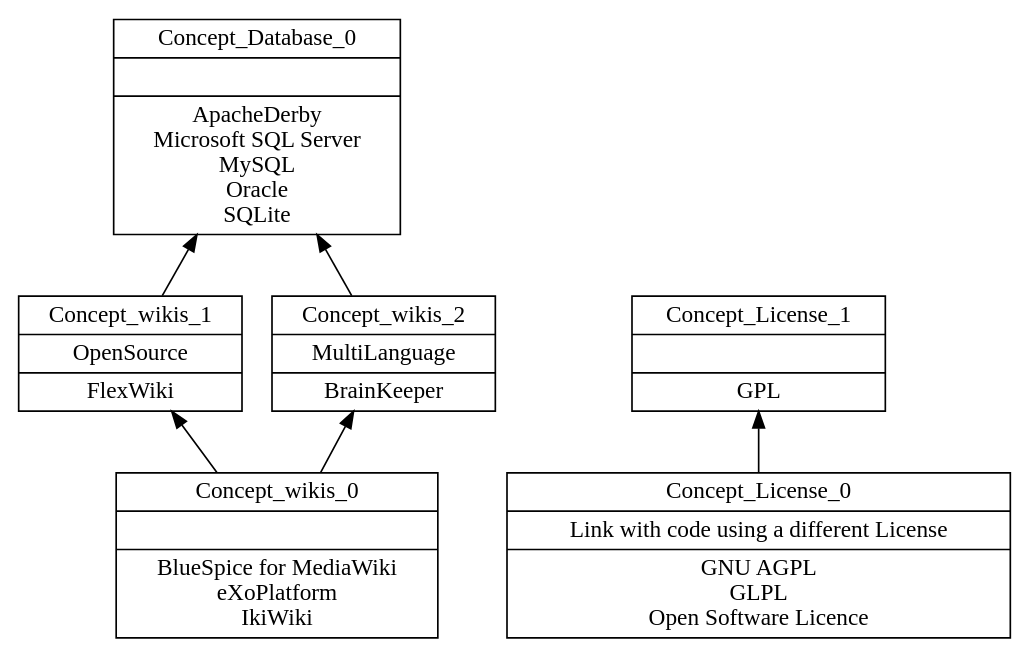
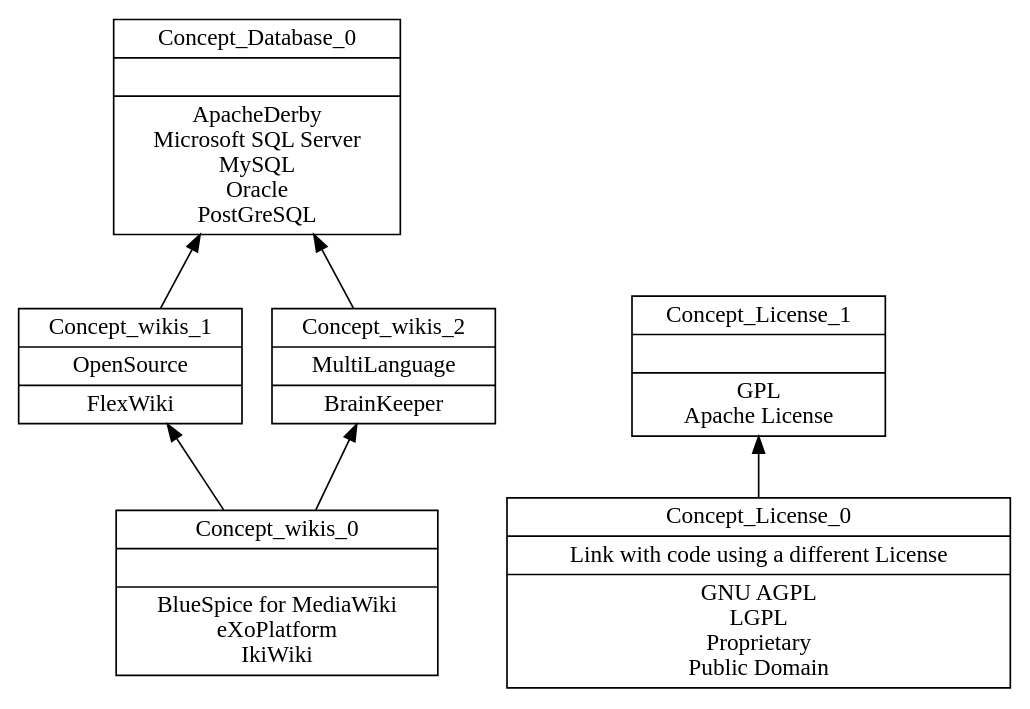
The diagram in IngeK/TP2/resultatWiki/step0.dot (Theo0/M1S2), drawn with Graphviz before and after one commit. The commit also changed 180 other files, not shown here.

```diff
--- a/IngeK/TP2/resultatWiki/step0.dot
+++ b/IngeK/TP2/resultatWiki/step0.dot
@@ -1,24 +1,24 @@
 digraph G { 
 	rankdir=BT;
 subgraph wikis { 
 label="wikis";
 5 [shape=record,label="{Concept_wikis_3||}"];
 2 [shape=record,label="{Concept_wikis_1|OpenSource\n|FlexWiki\n}"];
 3 [shape=record,label="{Concept_wikis_0||BlueSpice for MediaWiki\neXoPlatform\nIkiWiki\n}"];
 4 [shape=record,label="{Concept_wikis_2|MultiLanguage\n|BrainKeeper\n}"];
 	2 -> 5
 	4 -> 5
 	3 -> 2
 	3 -> 4
 }
 subgraph Database { 
 label="Database";
-5 [shape=record,label="{Concept_Database_0||ApacheDerby\nMicrosoft SQL Server\nMySQL\nOracle\nSQLite\n}"];
+5 [shape=record,label="{Concept_Database_0||ApacheDerby\nMicrosoft SQL Server\nMySQL\nOracle\nPostGreSQL\n}"];
 }
 subgraph License { 
 label="License";
-6 [shape=record,label="{Concept_License_1||GPL\n}"];
-7 [shape=record,label="{Concept_License_0|Link with code using a different License\n|GNU AGPL\nGLPL\nOpen Software Licence\n}"];
+6 [shape=record,label="{Concept_License_1||GPL\nApache License\n}"];
+7 [shape=record,label="{Concept_License_0|Link with code using a different License\n|GNU AGPL\nLGPL\nProprietary\nPublic Domain\n}"];
 	7 -> 6
 }
 }
```
